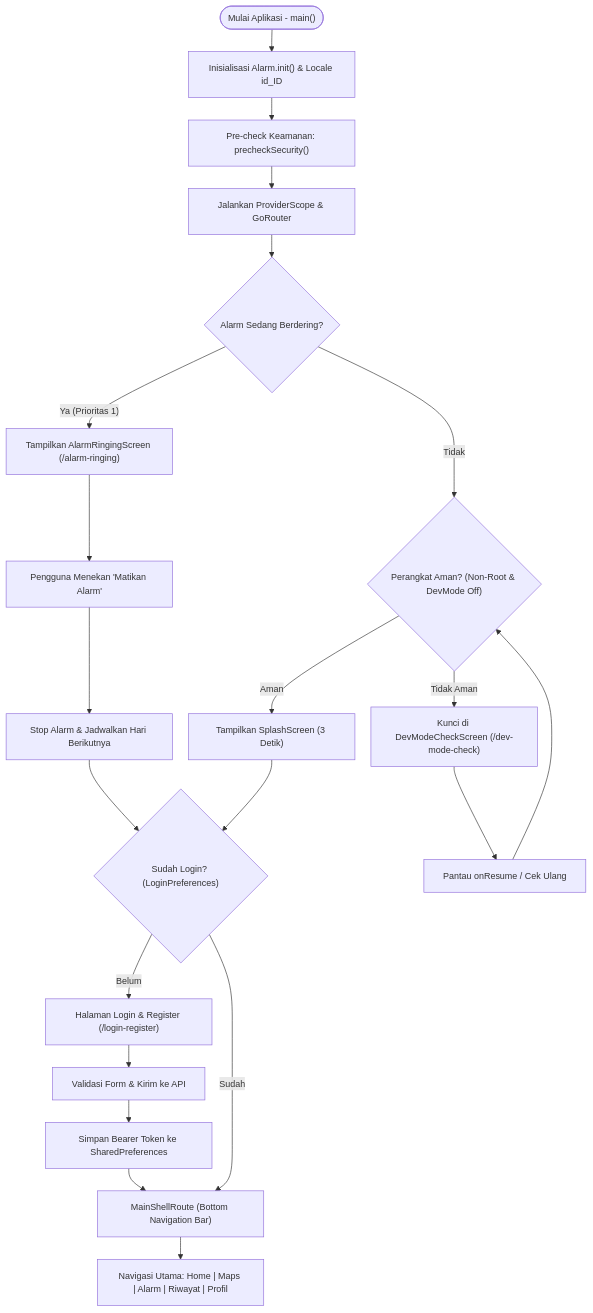
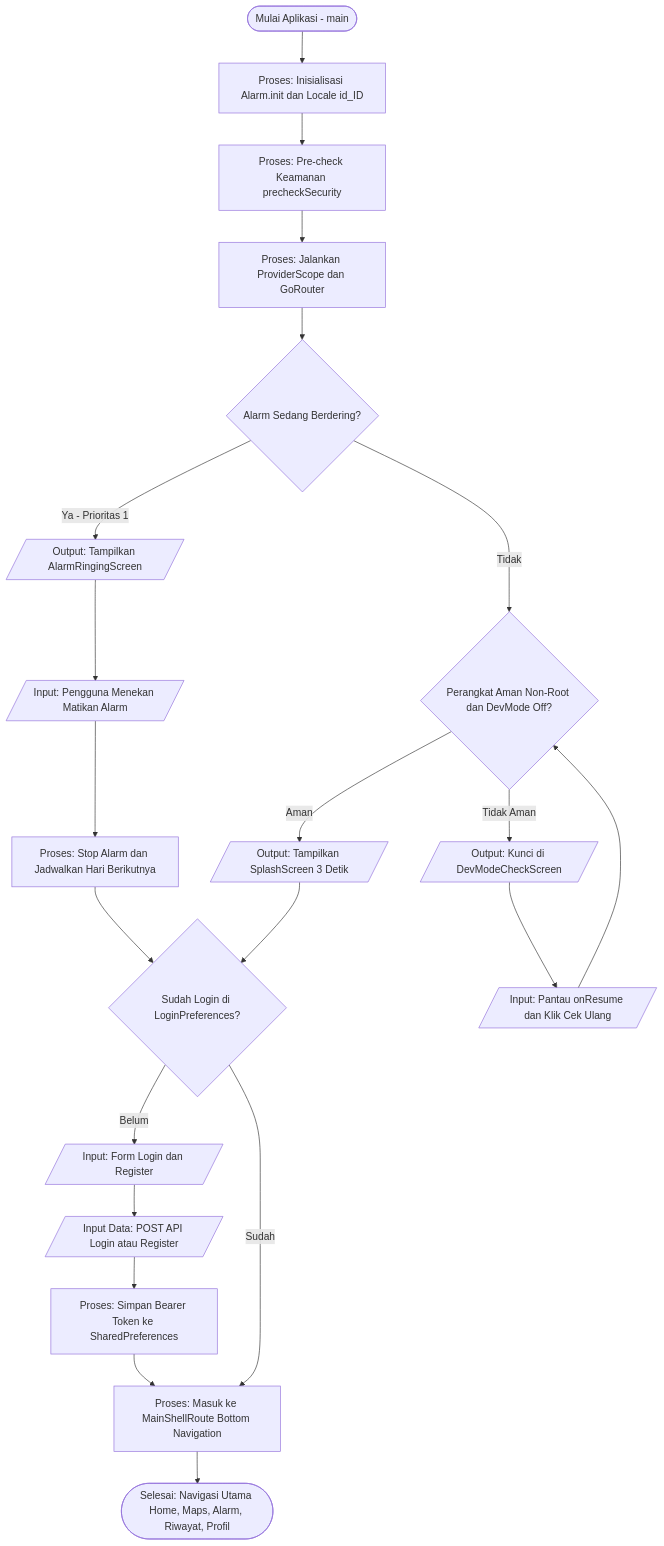
The first of 3 diagrams in README.md (minipingu/absensi_dede), drawn with Mermaid before and after one commit. The commit also changed other lines of this file, not shown here.

Commit message:
md input

````diff
--- a/README.md
+++ b/README.md
@@ -76,32 +84,27 @@
 ```mermaid
-%%{init: {'flowchart': {'useMaxWidth': false, 'nodeSpacing': 25, 'rankSpacing': 35}, 'themeVariables': {'fontSize': '14px'}}}%%
 flowchart TD
-    classDef default font-size:14px;
+    Start([Mulai Aplikasi - main]) --> Init[Proses: Inisialisasi Alarm.init dan Locale id_ID]
+    Init --> Precheck[Proses: Pre-check Keamanan precheckSecurity]
+    Precheck --> RunApp[Proses: Jalankan ProviderScope dan GoRouter]
+    RunApp --> CheckAlarm{Alarm Sedang Berdering?}
 
-    Start(["Mulai Aplikasi - main()"]) --> Init["Inisialisasi Alarm.init() & Locale id_ID"]
-    Init --> Precheck["Pre-check Keamanan: precheckSecurity()"]
-    Precheck --> RunApp["Jalankan ProviderScope & GoRouter"]
-    RunApp --> CheckAlarm{"Alarm Sedang Berdering?"}
-
-    %% Jalur Alarm
-    CheckAlarm -- "Ya (Prioritas 1)" --> AlarmScreen["Tampilkan AlarmRingingScreen (/alarm-ringing)"]
-    AlarmScreen --> StopAction["Pengguna Menekan 'Matikan Alarm'"]
-    StopAction --> Reschedule["Stop Alarm & Jadwalkan Hari Berikutnya"]
+    CheckAlarm -->|Ya - Prioritas 1| AlarmScreen[/Output: Tampilkan AlarmRingingScreen/]
+    AlarmScreen --> StopAction[/Input: Pengguna Menekan Matikan Alarm/]
+    StopAction --> Reschedule[Proses: Stop Alarm dan Jadwalkan Hari Berikutnya]
     Reschedule --> CheckSession
 
-    %% Jalur Normal & Keamanan
-    CheckAlarm -- "Tidak" --> CheckSecurity{"Perangkat Aman? (Non-Root & DevMode Off)"}
-    CheckSecurity -- "Tidak Aman" --> DevLock["Kunci di DevModeCheckScreen (/dev-mode-check)"]
-    DevLock --> OnResume["Pantau onResume / Cek Ulang"]
+    CheckAlarm -->|Tidak| CheckSecurity{Perangkat Aman Non-Root dan DevMode Off?}
+    CheckSecurity -->|Tidak Aman| DevLock[/Output: Kunci di DevModeCheckScreen/]
+    DevLock --> OnResume[/Input: Pantau onResume dan Klik Cek Ulang/]
     OnResume --> CheckSecurity
 
-    CheckSecurity -- "Aman" --> Splash["Tampilkan SplashScreen (3 Detik)"]
-    Splash --> CheckSession{"Sudah Login? (LoginPreferences)"}
-    CheckSession -- "Belum" --> AuthScreen["Halaman Login & Register (/login-register)"]
-    AuthScreen --> SubmitAuth["Validasi Form & Kirim ke API"]
-    SubmitAuth --> SaveToken["Simpan Bearer Token ke SharedPreferences"]
+    CheckSecurity -->|Aman| Splash[/Output: Tampilkan SplashScreen 3 Detik/]
+    Splash --> CheckSession{Sudah Login di LoginPreferences?}
+    CheckSession -->|Belum| AuthScreen[/Input: Form Login dan Register/]
+    AuthScreen --> SubmitAuth[/Input Data: POST API Login atau Register/]
+    SubmitAuth --> SaveToken[Proses: Simpan Bearer Token ke SharedPreferences]
     SaveToken --> HomeShell
 
-    CheckSession -- "Sudah" --> HomeShell["MainShellRoute (Bottom Navigation Bar)"]
-    HomeShell --> Tabs["Navigasi Utama: Home | Maps | Alarm | Riwayat | Profil"]
+    CheckSession -->|Sudah| HomeShell[Proses: Masuk ke MainShellRoute Bottom Navigation]
+    HomeShell --> Tabs([Selesai: Navigasi Utama Home, Maps, Alarm, Riwayat, Profil])
 ```
````
